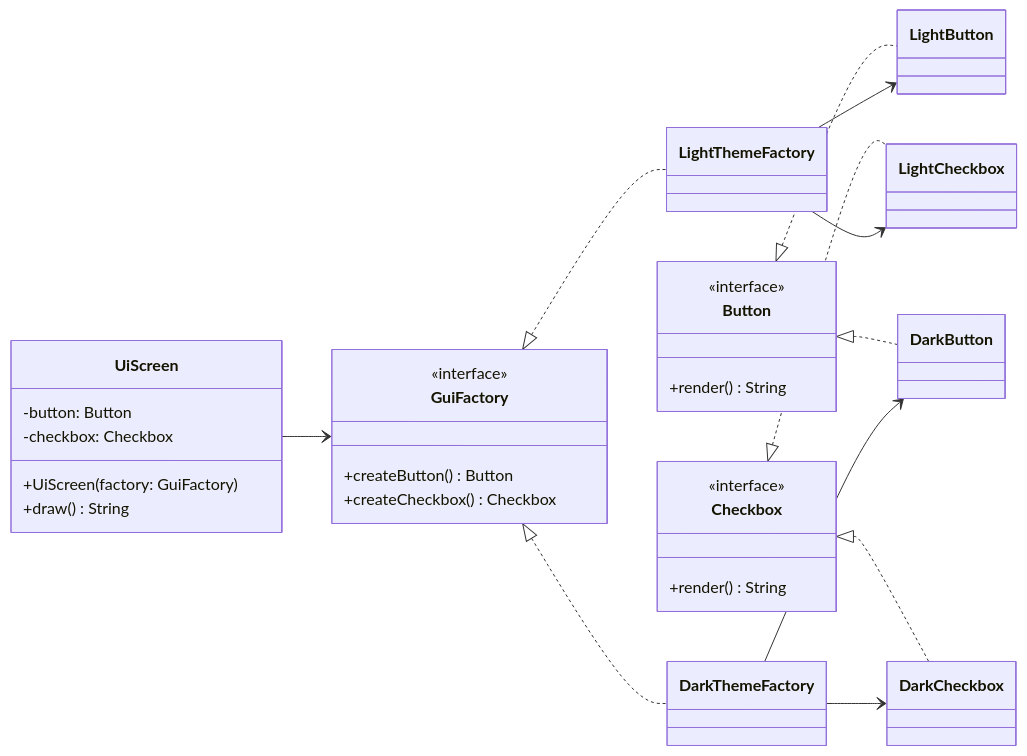
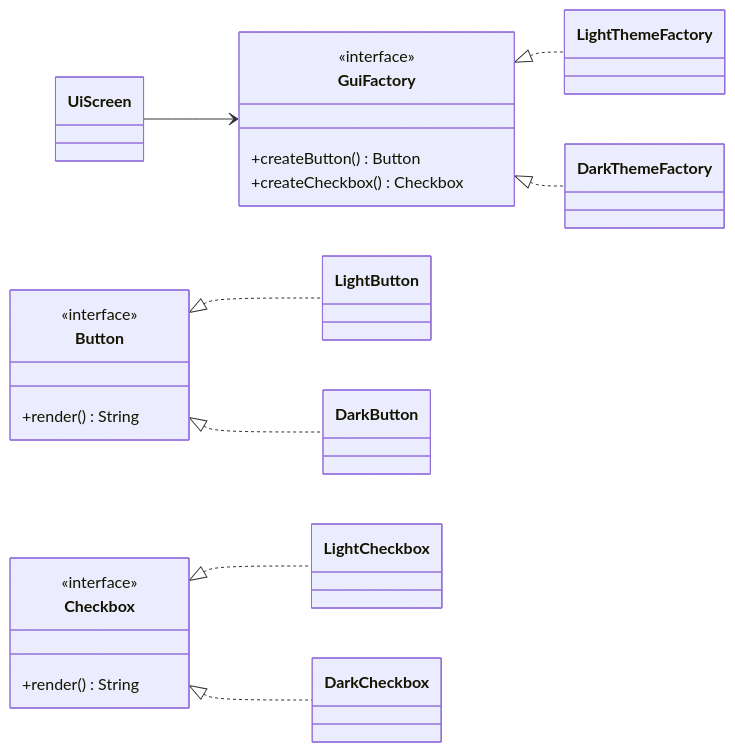
The first of 2 diagrams in src/main/java/com/can/creational/abstractfactory/explain/abstractfactory.md (TunahanCan/design_pattern), drawn with Mermaid before and after one commit. The commit also changed other lines of this file and 4 other files, not shown here.

````diff
--- a/src/main/java/com/can/creational/abstractfactory/explain/abstractfactory.md
+++ b/src/main/java/com/can/creational/abstractfactory/explain/abstractfactory.md
@@ -44,49 +26,31 @@
 ```mermaid
 classDiagram
     direction LR
 
     class GuiFactory {
       <<interface>>
       +createButton() Button
       +createCheckbox() Checkbox
     }
-
-    class LightThemeFactory
-    class DarkThemeFactory
 
     class Button {
       <<interface>>
       +render() String
     }
 
     class Checkbox {
       <<interface>>
       +render() String
     }
 
-    class LightButton
-    class DarkButton
-    class LightCheckbox
-    class DarkCheckbox
-
-    class UiScreen {
-      -button: Button
-      -checkbox: Checkbox
-      +UiScreen(factory: GuiFactory)
-      +draw() String
-    }
-
     GuiFactory <|.. LightThemeFactory
     GuiFactory <|.. DarkThemeFactory
 
     Button <|.. LightButton
     Button <|.. DarkButton
+
     Checkbox <|.. LightCheckbox
     Checkbox <|.. DarkCheckbox
 
     UiScreen --> GuiFactory
-    LightThemeFactory --> LightButton
-    LightThemeFactory --> LightCheckbox
-    DarkThemeFactory --> DarkButton
-    DarkThemeFactory --> DarkCheckbox
 ```
````
